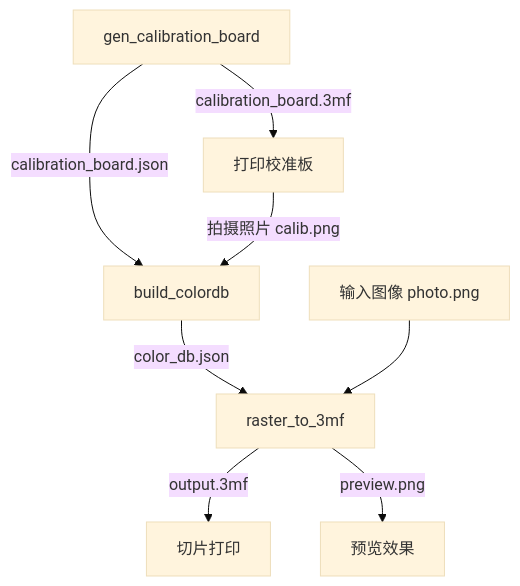
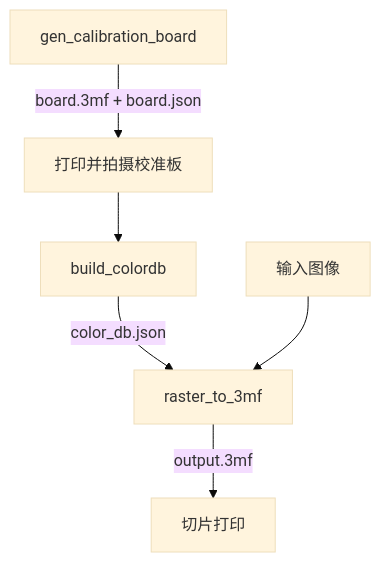
The first of 2 diagrams in apps/README.md (Cat-By-Cat/ChromaPrint3D), drawn with Mermaid (base theme) before and after one commit. The commit also changed other lines of this file and 20 other files, not shown here.

````diff
--- a/apps/README.md
+++ b/apps/README.md
@@ -27,10 +28,8 @@
 ```mermaid
 flowchart TD
-    A[gen_calibration_board] -->|calibration_board.3mf| B[打印校准板]
-    A -->|calibration_board.json| D[build_colordb]
-    B -->|拍摄照片 calib.png| D
-    D -->|color_db.json| E[raster_to_3mf]
-    F[输入图像 photo.png] --> E
-    E -->|output.3mf| G[切片打印]
-    E -->|preview.png| H[预览效果]
+    genBoard[gen_calibration_board] -->|board.3mf + board.json| printBoard[打印并拍摄校准板]
+    printBoard --> buildDb[build_colordb]
+    buildDb -->|color_db.json| rasterConvert[raster_to_3mf]
+    inputImage[输入图像] --> rasterConvert
+    rasterConvert -->|output.3mf| slicer[切片打印]
 ```
````
